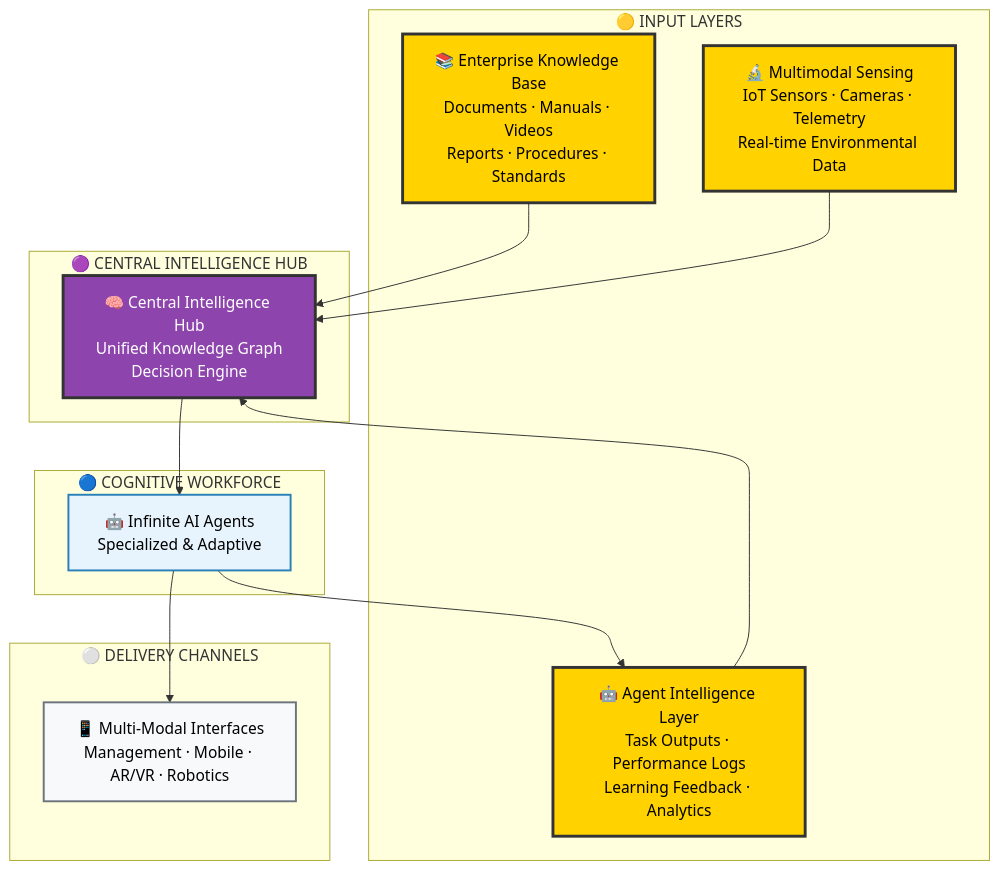
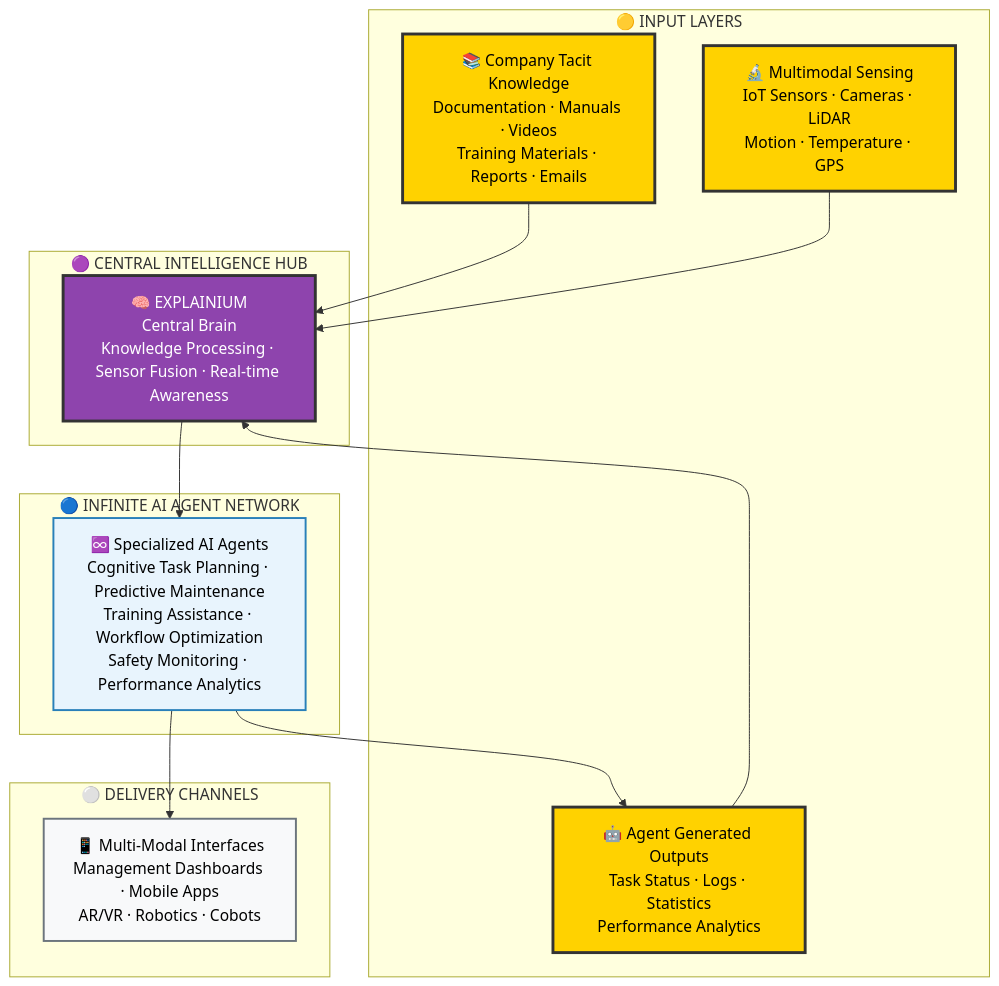
One commit to imaddde867/EXPLAINIUM changed the diagram in readme.md. Above: the diagram before and after it, drawn with Mermaid. The commit also changed other lines of this file and 1 other file, not shown here.

````diff
--- a/readme.md
+++ b/readme.md
@@ -44,38 +37,38 @@
 ```mermaid
 graph TB
     subgraph "🟡 INPUT LAYERS"
-        EKB[📚 Enterprise Knowledge Base<br/>Documents · Manuals · Videos<br/>Reports · Procedures · Standards]
-        MMS[🔬 Multimodal Sensing<br/>IoT Sensors · Cameras · Telemetry<br/>Real-time Environmental Data]
-        AIL[🤖 Agent Intelligence Layer<br/>Task Outputs · Performance Logs<br/>Learning Feedback · Analytics]
+        EKB[📚 Company Tacit Knowledge<br/>Documentation · Manuals · Videos<br/>Training Materials · Reports · Emails]
+        MMS[🔬 Multimodal Sensing<br/>IoT Sensors · Cameras · LiDAR<br/>Motion · Temperature · GPS]
+        AIL[🤖 Agent Generated Outputs<br/>Task Status · Logs · Statistics<br/>Performance Analytics]
     end
 
     subgraph "🟣 CENTRAL INTELLIGENCE HUB"
-        CIH[🧠 Central Intelligence Hub<br/>Unified Knowledge Graph<br/>Decision Engine]
+        CIH[🧠 EXPLAINIUM<br/>Central Brain<br/>Knowledge Processing · Sensor Fusion · Real-time Awareness]
     end
 
-    subgraph "🔵 COGNITIVE WORKFORCE"
-        AGENTS[🤖 Infinite AI Agents<br/>Specialized & Adaptive]
+    subgraph "🔵 INFINITE AI AGENT NETWORK"
+        AGENTS[♾️ Specialized AI Agents<br/>Cognitive Task Planning · Predictive Maintenance<br/>Training Assistance · Workflow Optimization<br/>Safety Monitoring · Performance Analytics]
     end
 
     subgraph "⚪ DELIVERY CHANNELS"
-        INTERFACES[📱 Multi-Modal Interfaces<br/>Management · Mobile · AR/VR · Robotics]
+        INTERFACES[📱 Multi-Modal Interfaces<br/>Management Dashboards · Mobile Apps<br/>AR/VR · Robotics · Cobots]
     end
 
     EKB --> CIH
     MMS --> CIH
     AIL --> CIH
 
     CIH --> AGENTS
     AGENTS --> INTERFACES
     AGENTS --> AIL
 
     classDef inputStyle fill:#ffd200,stroke:#333,stroke-width:3px,color:#000
     classDef coreStyle fill:#8e44ad,stroke:#333,stroke-width:3px,color:#fff
     classDef agentStyle fill:#e8f4fd,stroke:#2980b9,stroke-width:2px,color:#000
     classDef deliveryStyle fill:#f8f9fa,stroke:#6c757d,stroke-width:2px,color:#000
 
     class EKB,MMS,AIL inputStyle
     class CIH coreStyle
     class AGENTS agentStyle
     class INTERFACES deliveryStyle
 ```
````
